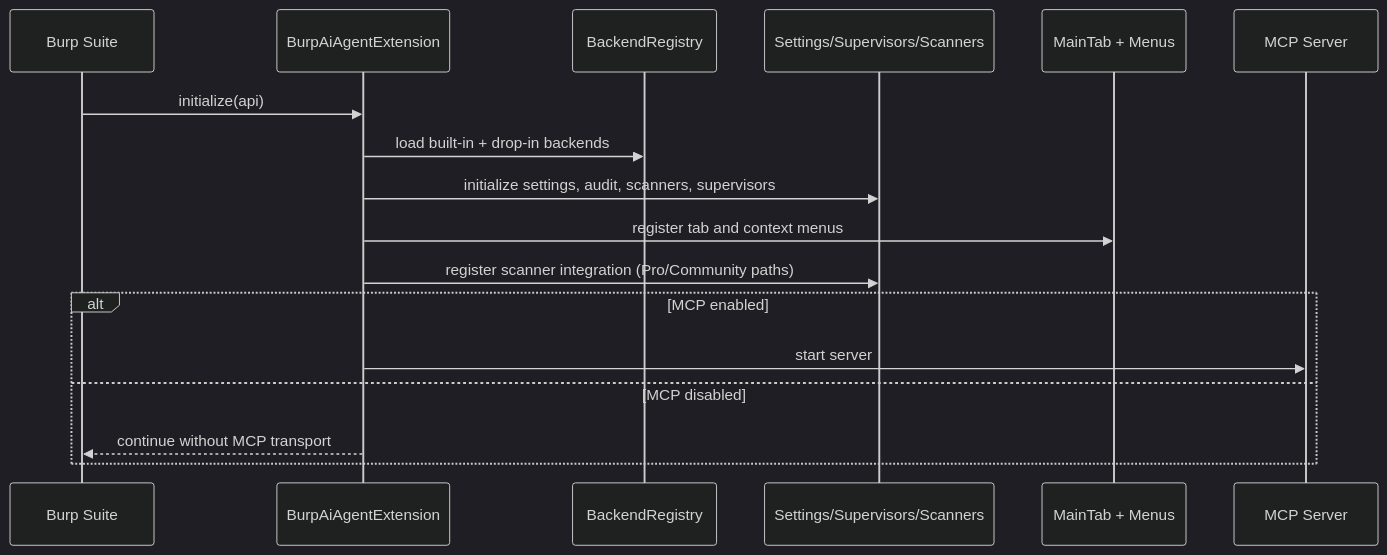
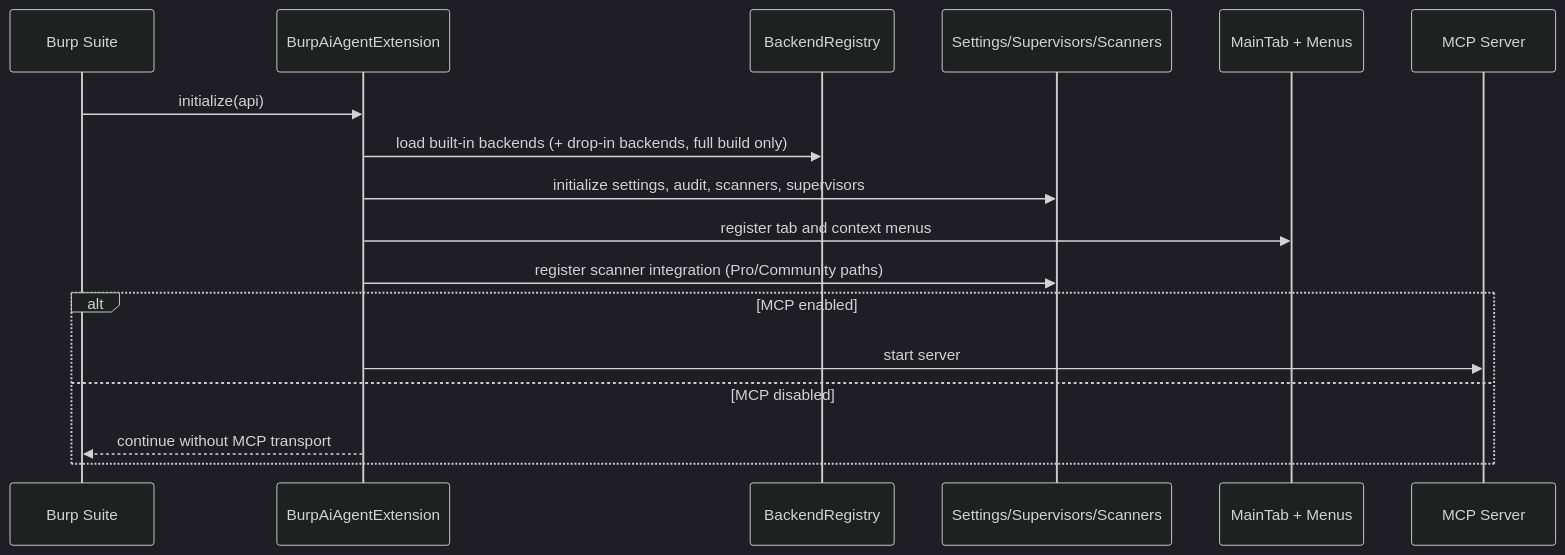
Before and after one commit to six2dez/burp-ai-agent-docs: the second of 2 diagrams in developer/architecture.md, drawn with Mermaid (dark theme). The commit also changed other lines of this file and 3 other files, not shown here.

````diff
--- a/developer/architecture.md
+++ b/developer/architecture.md
@@ -70,20 +74,20 @@
 ```mermaid
 sequenceDiagram
     participant Burp as Burp Suite
     participant Ext as BurpAiAgentExtension
     participant Reg as BackendRegistry
     participant Core as Settings/Supervisors/Scanners
     participant UI as MainTab + Menus
     participant MCP as MCP Server
 
     Burp->>Ext: initialize(api)
-    Ext->>Reg: load built-in + drop-in backends
+    Ext->>Reg: load built-in backends (+ drop-in backends, full build only)
     Ext->>Core: initialize settings, audit, scanners, supervisors
     Ext->>UI: register tab and context menus
     Ext->>Core: register scanner integration (Pro/Community paths)
     alt MCP enabled
       Ext->>MCP: start server
     else MCP disabled
       Ext-->>Burp: continue without MCP transport
     end
 ```
````
